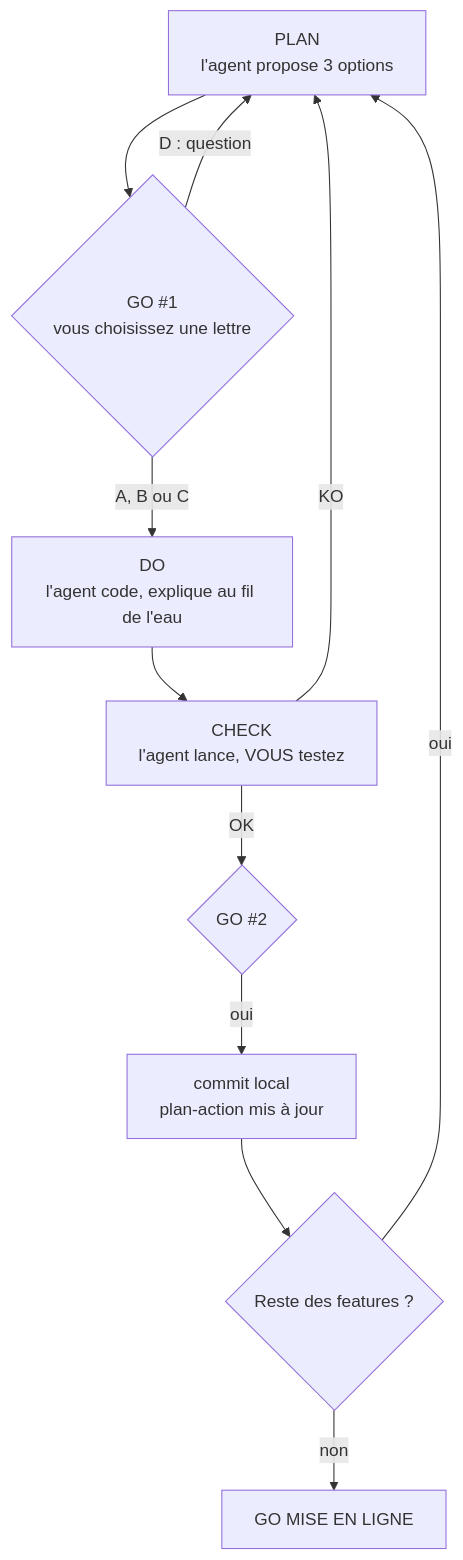
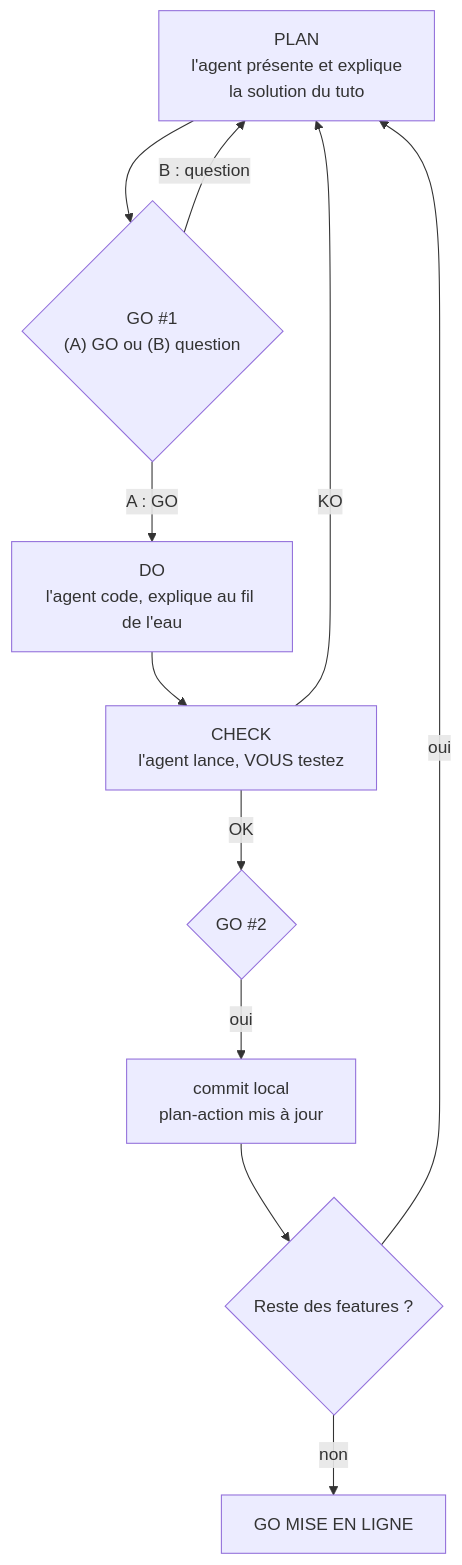
One commit to lecinquiemejour-code/goodvibe-tuto changed the ninth of 38 diagrams in tuto-goodvibe-vibecoding.md. Above: the diagram before and after it, drawn with Mermaid. The commit also changed other lines of this file and 2 other files, not shown here.

Commit message:
Pédagogie : visite guidée du projet avant le cadrage, langage clair, une seule solution au PLAN

````diff
--- a/tuto-goodvibe-vibecoding.md
+++ b/tuto-goodvibe-vibecoding.md
@@ -332,13 +348,13 @@
 ```mermaid
 flowchart TD
-    P["PLAN<br/>l'agent propose 3 options"] --> G1{"GO #1<br/>vous choisissez une lettre"}
-    G1 -- "D : question" --> P
-    G1 -- "A, B ou C" --> DO["DO<br/>l'agent code, explique au fil de l'eau"]
+    P["PLAN<br/>l'agent présente et explique<br/>la solution du tuto"] --> G1{"GO #1<br/>(A) GO ou (B) question"}
+    G1 -- "B : question" --> P
+    G1 -- "A : GO" --> DO["DO<br/>l'agent code, explique au fil de l'eau"]
     DO --> CK["CHECK<br/>l'agent lance, VOUS testez"]
     CK -- "KO" --> P
     CK -- "OK" --> G2{"GO #2"}
     G2 -- "oui" --> CM["commit local<br/>plan-action mis à jour"]
     CM --> N{"Reste des features ?"}
     N -- "oui" --> P
     N -- "non" --> ML["GO MISE EN LIGNE"]
 ```
````
